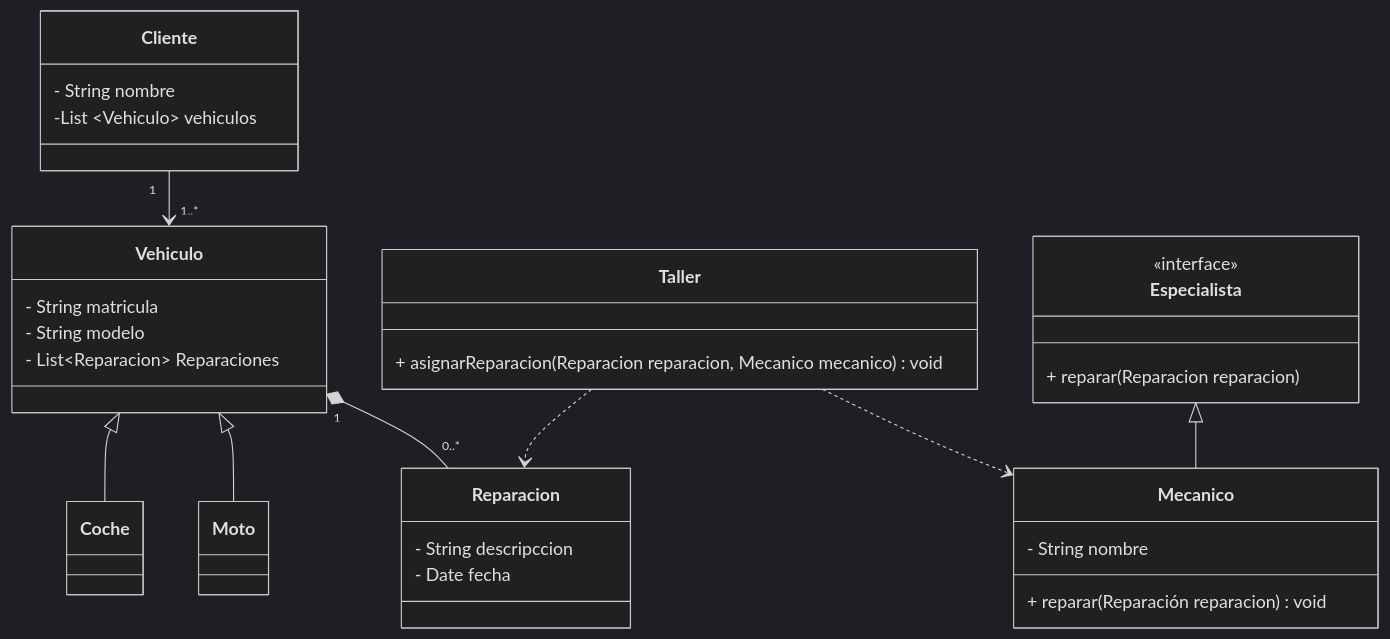
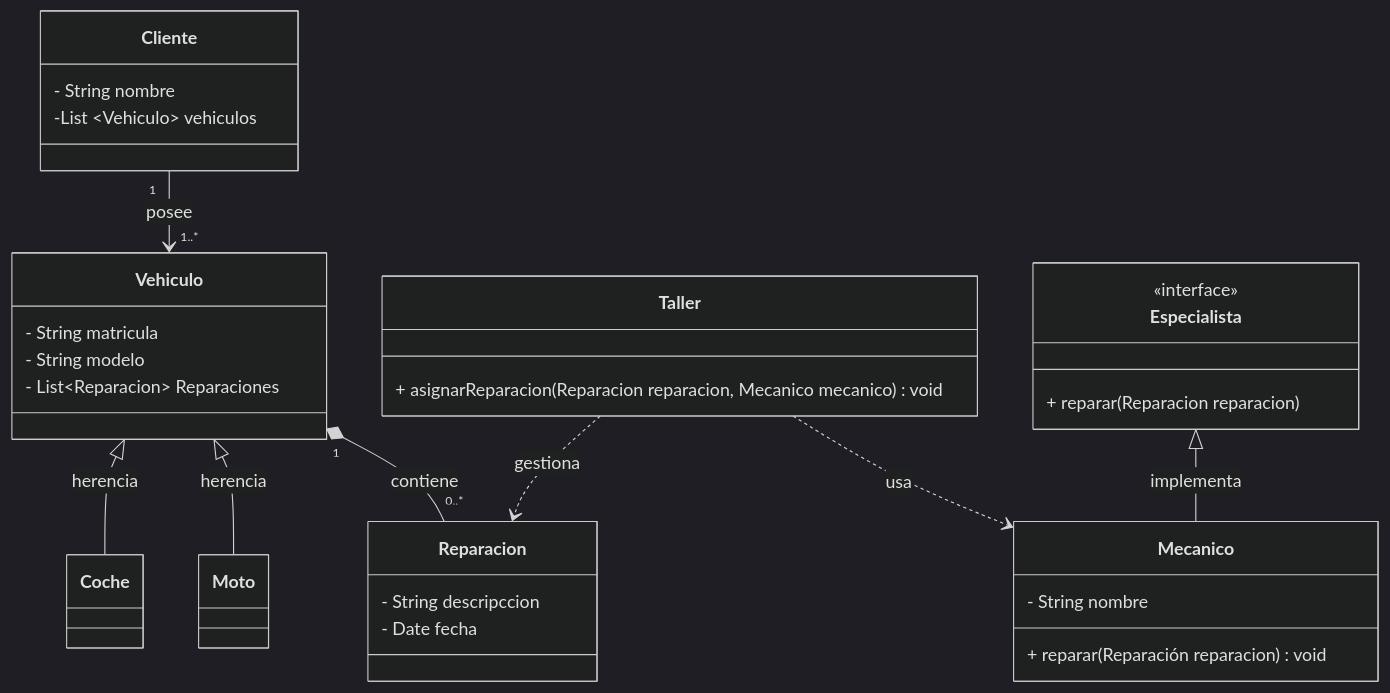
Before and after one commit to Manuel1613/6.3Actividad-Taller: the diagram in DESIGN.md, drawn with Mermaid (dark theme).

Commit message:
Enhance design document with relationship annotations

````diff
--- a/DESIGN.md
+++ b/DESIGN.md
@@ -3,57 +3,57 @@
 ```mermaid
 classDiagram
     class Vehiculo {
         - String matricula
         - String modelo
         - List~Reparacion~ Reparaciones
     }
     class Coche {
 
     }
     
     class Moto{
 
     }
 
     class Cliente {
         - String nombre
         -List ~Vehiculo~ vehiculos
     }
 
     class Reparacion {
         - String descripccion
         - Date fecha
     }
 
     class Especialista {
         <<interface>>
         + reparar (Reparacion reparacion)
     }
 
     class Mecanico {
         - String nombre
         + reparar (Reparación reparacion) void
     }
 
     class Taller {
         + asignarReparacion (Reparacion reparacion, Mecanico mecanico) void
     }
 
     %% HERENCIA
-    Vehiculo <|-- Coche
-    Vehiculo <|-- Moto
+    Vehiculo <|-- Coche : herencia
+    Vehiculo <|-- Moto : herencia
 
     %% COMPOSICION (vinculo fuerte)
-    Vehiculo "1" *-- "0..*" Reparacion
+    Vehiculo "1" *-- "0..*" Reparacion : contiene
 
     %% ASOCIACION
-    Cliente "1" --> "1..*" Vehiculo
+    Cliente "1" --> "1..*" Vehiculo : posee
 
     %% DEPENDENCIA
-    Taller ..> Mecanico
-    Taller ..> Reparacion
+    Taller ..> Mecanico :usa
+    Taller ..> Reparacion : gestiona
 
     %% REALIZACION (interfaz)
-    Especialista <|-- Mecanico
+    Especialista <|-- Mecanico : implementa
 
 ```
````
